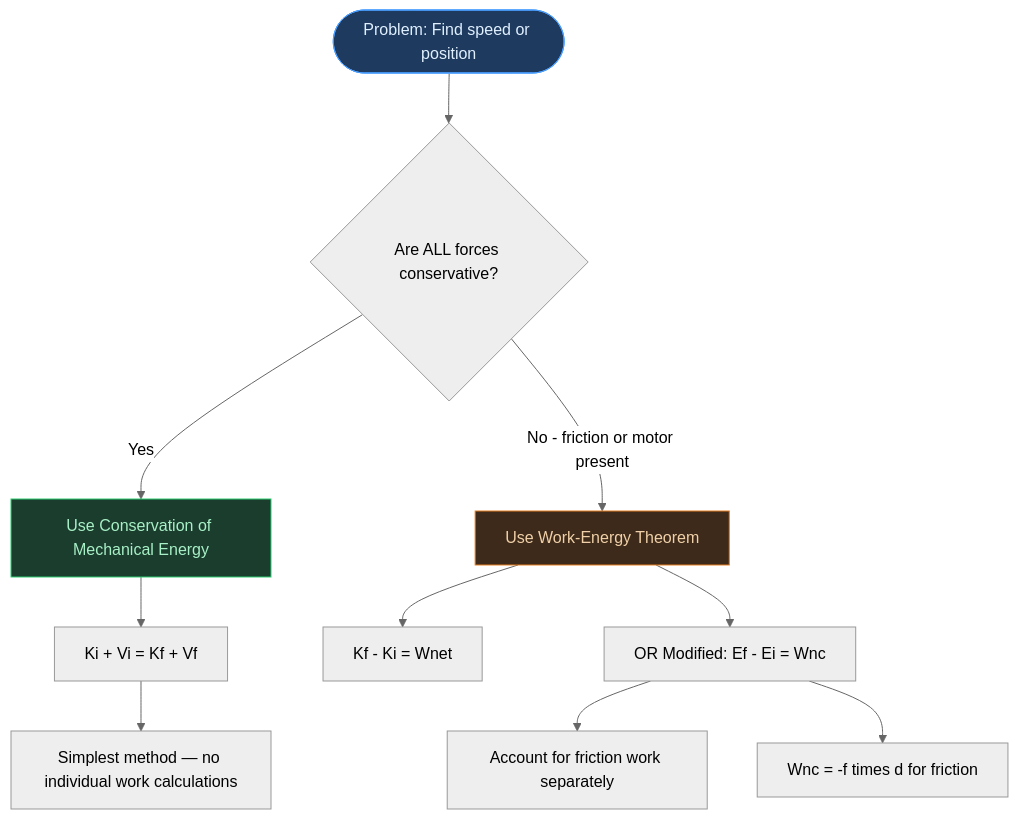
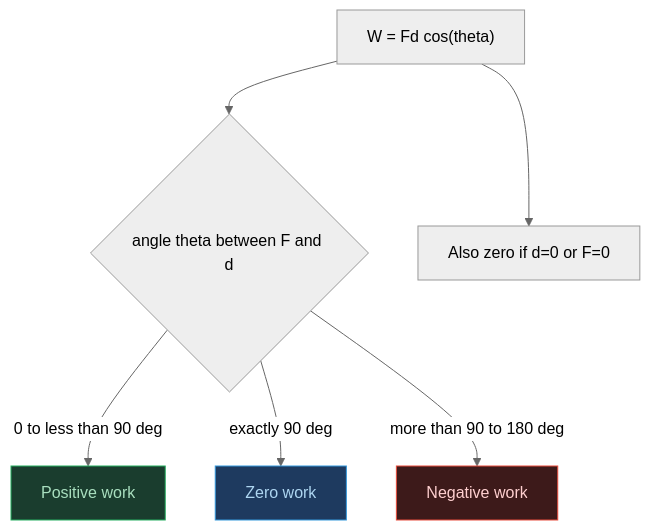
Before and after one commit to fsr-science/NCERT-Science: the second of 8 diagrams in AI-NOTES/PHYSICS/PHYSICS05-WORK_ENERGY_AND_POWER/PHYSICS05-WORK_ENERGY_AND_POWER-CNOTES.md, drawn with Mermaid (neutral theme). The commit also changed other lines of this file and 3 other files, not shown here.

````diff
--- a/AI-NOTES/PHYSICS/PHYSICS05-WORK_ENERGY_AND_POWER/PHYSICS05-WORK_ENERGY_AND_POWER-CNOTES.md
+++ b/AI-NOTES/PHYSICS/PHYSICS05-WORK_ENERGY_AND_POWER/PHYSICS05-WORK_ENERGY_AND_POWER-CNOTES.md
@@ -188,16 +62,12 @@
 ```mermaid
 flowchart TD
-    A(["Problem: Find speed or position"]) --> B{"Are ALL forces conservative?"}
-    B -->|Yes| C["Use Conservation of Mechanical Energy"]
-    C --> C1["Ki + Vi = Kf + Vf"]
-    C1 --> C2["Simplest method — no individual work calculations"]
-    B -->|No - friction or motor present| D["Use Work-Energy Theorem"]
-    D --> D1["Kf - Ki = Wnet"]
-    D --> D2["OR Modified: Ef - Ei = Wnc"]
-    D2 --> D3["Account for friction work separately"]
-    D2 --> D4["Wnc = -f times d for friction"]
+    A["W = Fd cos(theta)"] --> B{"angle theta between F and d"}
+    B -->|"0 to less than 90 deg"| C["Positive work"]
+    B -->|"exactly 90 deg"| D["Zero work"]
+    B -->|"more than 90 to 180 deg"| E["Negative work"]
+    A --> F["Also zero if d=0 or F=0"]
 
-    style A fill:#1e3a5f,color:#e0f0ff,stroke:#4a9eff
-    style C fill:#1a3d2e,color:#a8f0c6,stroke:#2ecc71
-    style D fill:#3d2a1a,color:#f0d0a8,stroke:#e67e22
+    style C fill:#1a3d2e,color:#a9dfbf,stroke:#27ae60
+    style D fill:#1e3a5f,color:#aed6f1,stroke:#3498db
+    style E fill:#3d1a1a,color:#ffd0d0,stroke:#e74c3c
 ```
````
